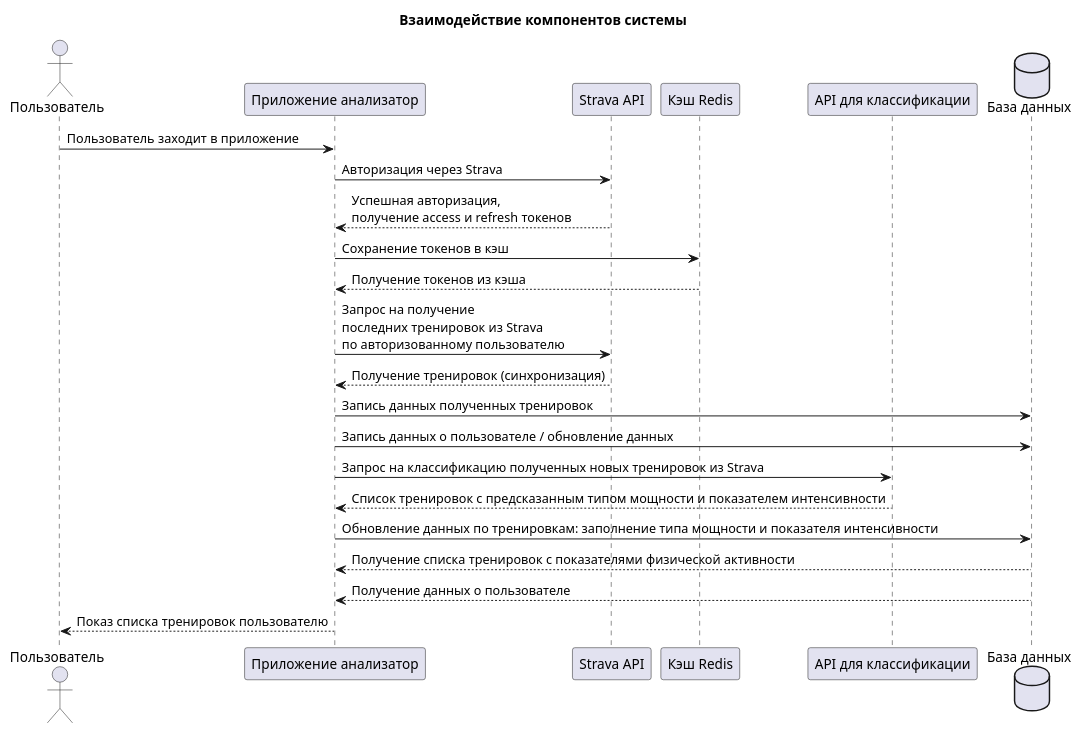
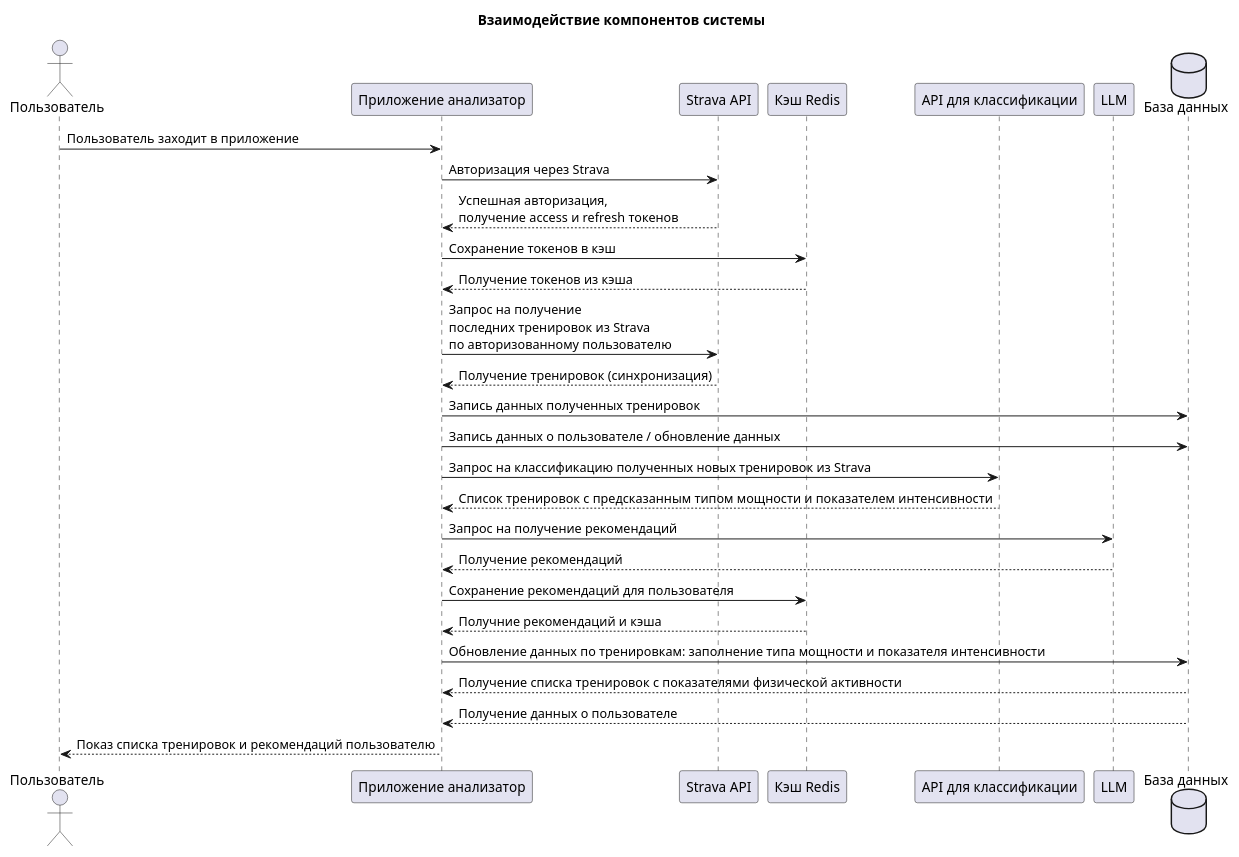
One commit to VadimBarinov/strava-activity-ui changed the diagram in diagrams/sequence_base.puml. Above: the diagram before and after it, drawn with PlantUML. The commit also changed 2 other files, not shown here.

Commit message:
update sequence

```diff
--- a/diagrams/sequence_base.puml
+++ b/diagrams/sequence_base.puml
@@ -1,28 +1,33 @@
 @startuml
 
 title Взаимодействие компонентов системы
 
 actor "Пользователь" as Client
 participant "Приложение анализатор" as Application
 participant "Strava API" as Strava
 participant "Кэш Redis" as Redis
 participant "API для классификации" as CatAPI
+participant "LLM" as LLM
 database "База данных" as DB
 
 Client -> Application: Пользователь заходит в приложение
 Application -> Strava: Авторизация через Strava
 Application <-- Strava: Успешная авторизация, \nполучение access и refresh токенов
 Application -> Redis: Сохранение токенов в кэш
 Application <-- Redis: Получение токенов из кэша
 Application -> Strava: Запрос на получение \nпоследних тренировок из Strava \nпо авторизованному пользователю
 Application <-- Strava: Получение тренировок (синхронизация)
 Application -> DB: Запись данных полученных тренировок
 Application -> DB: Запись данных о пользователе / обновление данных
 Application -> CatAPI: Запрос на классификацию полученных новых тренировок из Strava
 Application <-- CatAPI: Список тренировок с предсказанным типом мощности и показателем интенсивности
+Application -> LLM: Запрос на получение рекомендаций
+Application <-- LLM: Получение рекомендаций
+Application -> Redis: Сохранение рекомендаций для пользователя
+Application <-- Redis: Получние рекомендаций и кэша 
 Application -> DB: Обновление данных по тренировкам: заполнение типа мощности и показателя интенсивности
 Application <-- DB: Получение списка тренировок с показателями физической активности
 Application <-- DB: Получение данных о пользователе
-Client <-- Application: Показ списка тренировок пользователю
+Client <-- Application: Показ списка тренировок и рекомендаций пользователю
 
 @enduml
```
